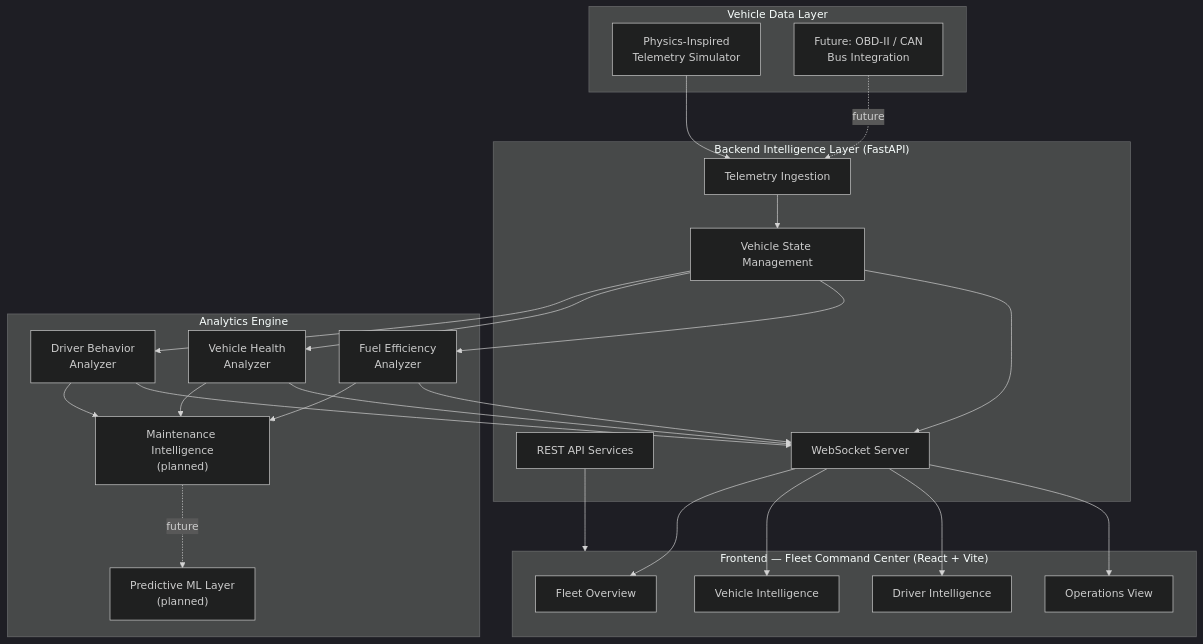
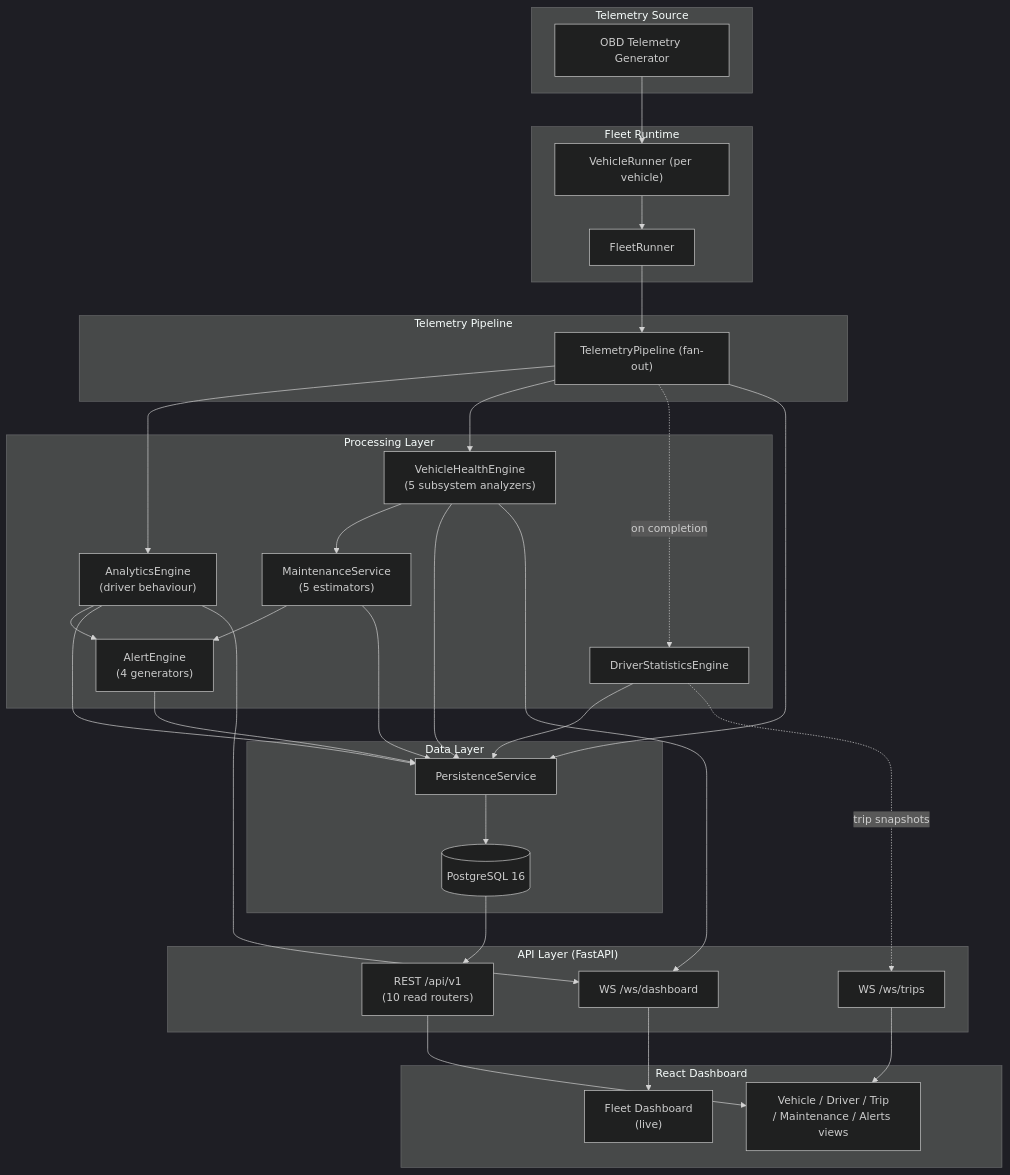
The first of 2 diagrams in README.md (harisrana-dev/DriveVitals), drawn with Mermaid (dark theme) before and after one commit. The commit also changed other lines of this file and 13 other files, not shown here.

````diff
--- a/README.md
+++ b/README.md
@@ -125,51 +81,64 @@
 ```mermaid
 flowchart TB
-    subgraph DataLayer["Vehicle Data Layer"]
-        SIM["Physics-Inspired\nTelemetry Simulator"]
-        OBD["Future: OBD-II / CAN\nBus Integration"]
+    subgraph INPUT["Telemetry Source"]
+        GEN["OBD Telemetry Generator"]
     end
 
-    subgraph Backend["Backend Intelligence Layer (FastAPI)"]
-        INGEST["Telemetry Ingestion"]
-        STATE["Vehicle State Management"]
-        API["REST API Services"]
-        WS["WebSocket Server"]
+    subgraph RUNTIME["Fleet Runtime"]
+        VR["VehicleRunner (per vehicle)"]
+        FR["FleetRunner"]
     end
 
-    subgraph Analytics["Analytics Engine"]
-        DBA["Driver Behavior\nAnalyzer"]
-        VHA["Vehicle Health\nAnalyzer"]
-        FEA["Fuel Efficiency\nAnalyzer"]
-        MIM["Maintenance Intelligence\n(planned)"]
-        ML["Predictive ML Layer\n(planned)"]
+    subgraph PIPE["Telemetry Pipeline"]
+        TP["TelemetryPipeline (fan-out)"]
     end
 
-    subgraph Frontend["Frontend — Fleet Command Center (React + Vite)"]
-        FLEET["Fleet Overview"]
-        VEHICLE["Vehicle Intelligence"]
-        DRIVER["Driver Intelligence"]
-        OPS["Operations View"]
+    subgraph PROC["Processing Layer"]
+        AE["AnalyticsEngine\n(driver behaviour)"]
+        VHE["VehicleHealthEngine\n(5 subsystem analyzers)"]
+        DSE["DriverStatisticsEngine"]
+        MS["MaintenanceService\n(5 estimators)"]
+        ALE["AlertEngine\n(4 generators)"]
     end
 
-    SIM --> INGEST
-    OBD -.future.-> INGEST
-    INGEST --> STATE
-    STATE --> DBA
-    STATE --> VHA
-    STATE --> FEA
-    DBA --> MIM
-    VHA --> MIM
-    FEA --> MIM
-    MIM -.future.-> ML
+    subgraph DATA["Data Layer"]
+        PS["PersistenceService"]
+        DB[("PostgreSQL 16")]
+    end
 
-    STATE --> WS
-    DBA --> WS
-    VHA --> WS
-    FEA --> WS
-    API --> Frontend
+    subgraph API["API Layer (FastAPI)"]
+        REST["REST /api/v1\n(10 read routers)"]
+        WSD["WS /ws/dashboard"]
+        WST["WS /ws/trips"]
+    end
 
-    WS --> FLEET
-    WS --> VEHICLE
-    WS --> DRIVER
-    WS --> OPS
+    subgraph FE["React Dashboard"]
+        DASH["Fleet Dashboard\n(live)"]
+        VIEWS["Vehicle / Driver / Trip\n/ Maintenance / Alerts views"]
+    end
+
+    GEN --> VR --> FR --> TP
+    TP --> AE
+    TP --> VHE
+    TP -.->|on completion| DSE
+    VHE --> MS
+    MS --> ALE
+    AE --> ALE
+
+    TP --> PS
+    AE --> PS
+    VHE --> PS
+    DSE --> PS
+    MS --> PS
+    ALE --> PS
+    PS --> DB
+    DB --> REST
+
+    AE --> WSD
+    VHE --> WSD
+    DSE -.->|trip snapshots| WST
+
+    REST --> VIEWS
+    WSD --> DASH
+    WST --> VIEWS
 ```
````
